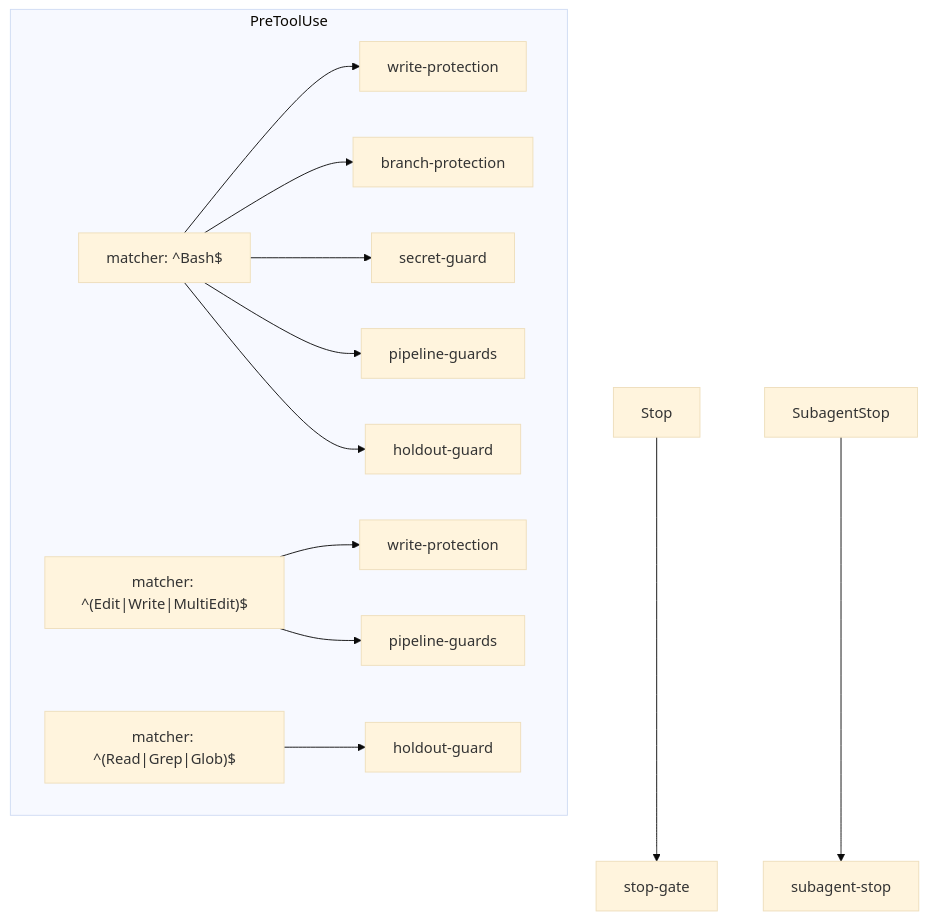
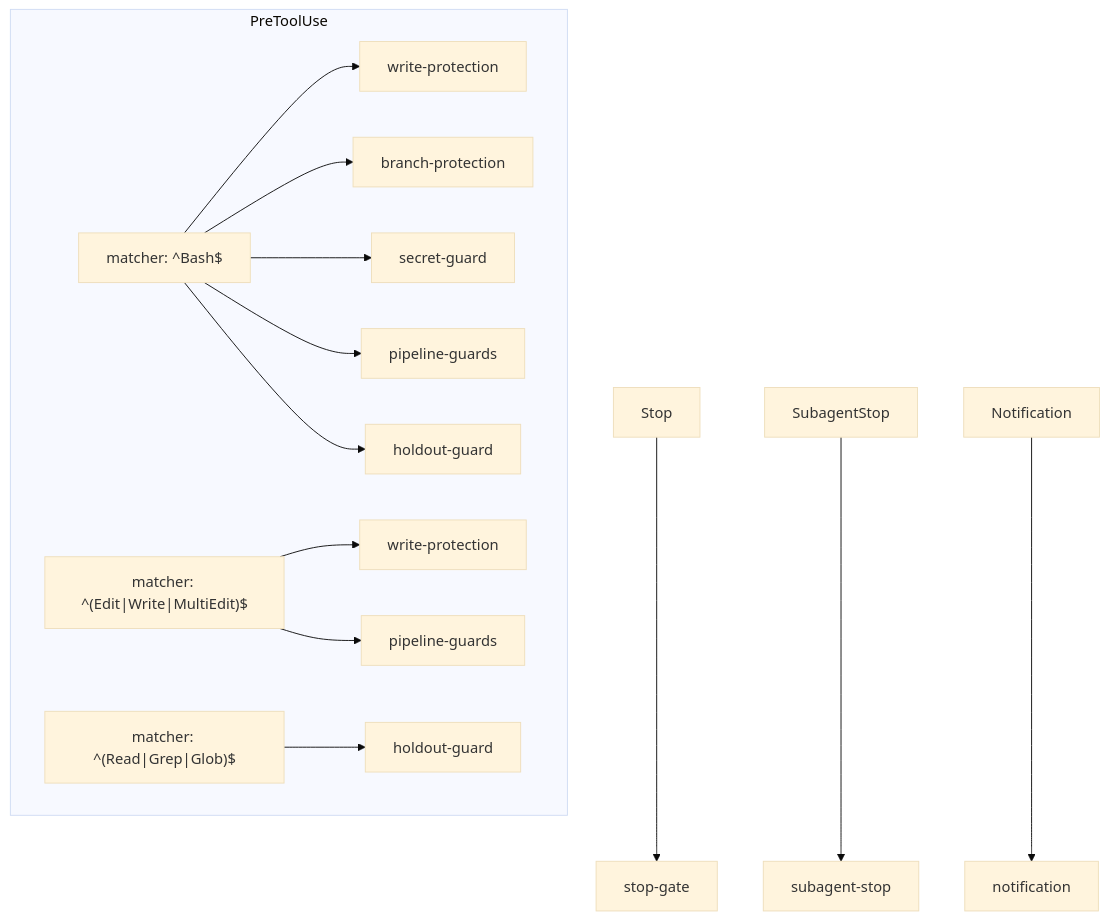
Before and after one commit to jfa94/factory: the diagram in docs/reference/hooks.md, drawn with Mermaid (base theme). The commit also changed other lines of this file and 24 other files, not shown here.

````diff
--- a/docs/reference/hooks.md
+++ b/docs/reference/hooks.md
@@ -31,15 +32,16 @@
 ```mermaid
 graph TD
   subgraph PreToolUse
     Bash["matcher: ^Bash$"] --> wpB[write-protection]
     Bash --> bp[branch-protection]
     Bash --> sg[secret-guard]
     Bash --> pg1[pipeline-guards]
     Bash --> hg1[holdout-guard]
     EWM["matcher: ^(Edit|Write|MultiEdit)$"] --> wp[write-protection]
     EWM --> pg2[pipeline-guards]
     RGG["matcher: ^(Read|Grep|Glob)$"] --> hg2[holdout-guard]
   end
   Stop["Stop"] --> stop[stop-gate]
   SubagentStop["SubagentStop"] --> ss[subagent-stop]
+  Notification["Notification"] --> notification[notification]
 ```
````
